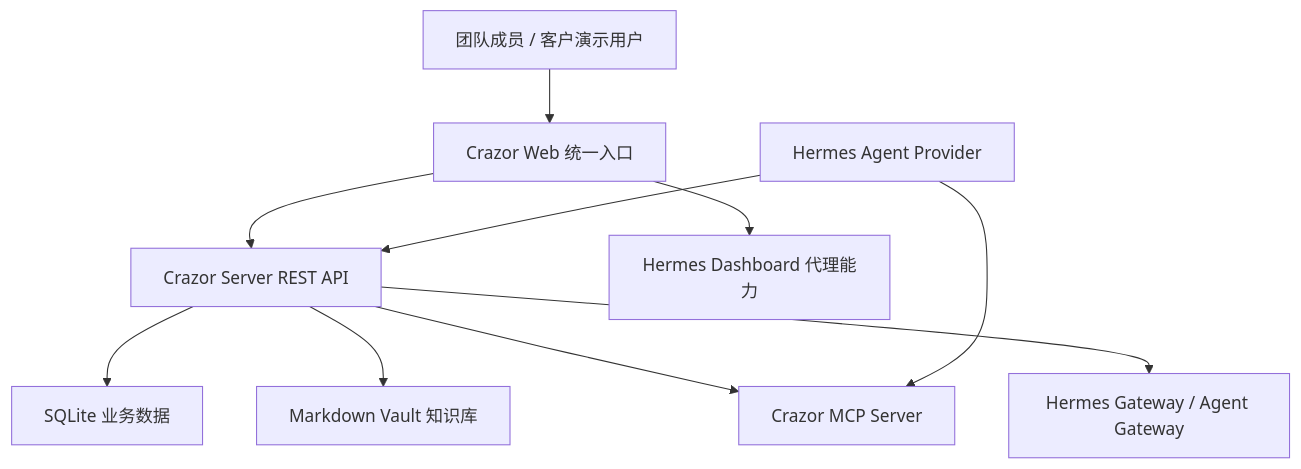
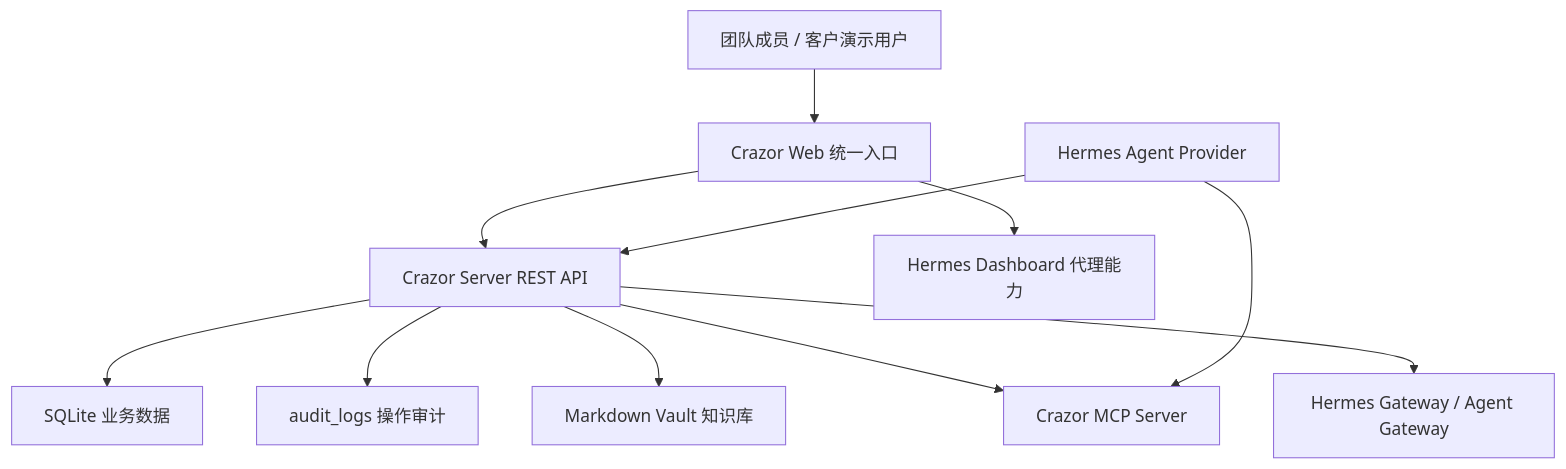
One commit to superxia01/Crazor changed the first of 4 diagrams in docs/audit/product-function-map.md. Above: the diagram before and after it, drawn with Mermaid. The commit also changed other lines of this file and 5 other files, not shown here.

Commit message:
feat: add operation audit logs

````diff
--- a/docs/audit/product-function-map.md
+++ b/docs/audit/product-function-map.md
@@ -7,12 +7,13 @@
 ```mermaid
 graph TD
   User["团队成员 / 客户演示用户"] --> Web["Crazor Web 统一入口"]
   Web --> Server["Crazor Server REST API"]
   Web --> HermesDashboard["Hermes Dashboard 代理能力"]
   Server --> DB["SQLite 业务数据"]
+  Server --> Audit["audit_logs 操作审计"]
   Server --> Vault["Markdown Vault 知识库"]
   Server --> MCP["Crazor MCP Server"]
   Hermes["Hermes Agent Provider"] --> MCP
   Hermes --> Server
   Server --> HermesGateway["Hermes Gateway / Agent Gateway"]
 ```
````
